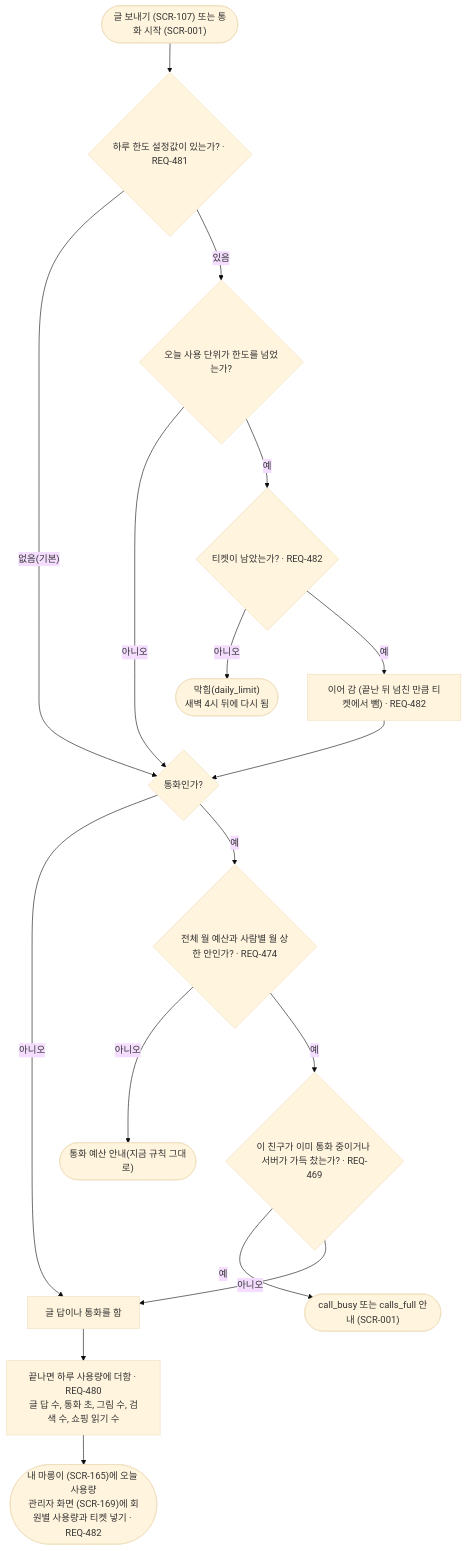
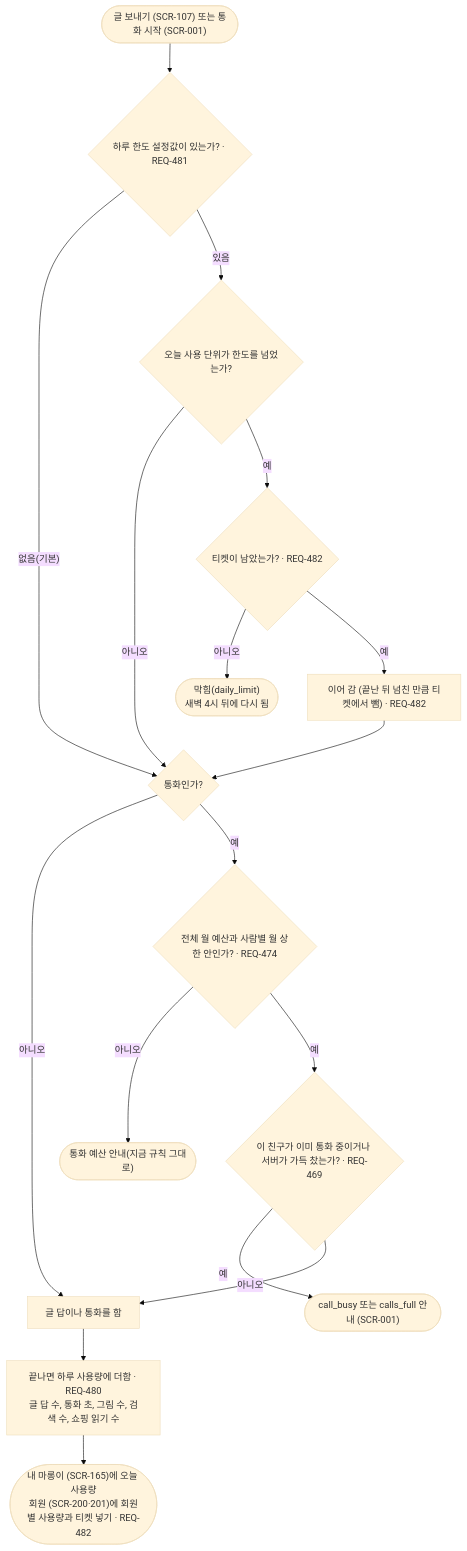
One commit to kodonghui/marong2 changed the diagram in docs/03-user-flow/FL-177-usage.md. Above: the diagram before and after it, drawn with Mermaid (base theme). The commit also changed other lines of this file and 29 other files, not shown here.

````diff
--- a/docs/03-user-flow/FL-177-usage.md
+++ b/docs/03-user-flow/FL-177-usage.md
@@ -7,19 +7,19 @@
 ```mermaid
 flowchart TD
   A(["글 보내기 (SCR-107) 또는 통화 시작 (SCR-001)"]) --> B{"하루 한도 설정값이 있는가? · REQ-481"}
   B -->|"없음(기본)"| E
   B -->|"있음"| C{"오늘 사용 단위가 한도를 넘었는가?"}
   C -->|"아니오"| E
   C -->|"예"| D{"티켓이 남았는가? · REQ-482"}
   D -->|"아니오"| D1(["막힘(daily_limit)<br/>새벽 4시 뒤에 다시 됨"])
   D -->|"예"| D2["이어 감 (끝난 뒤 넘친 만큼 티켓에서 뺌) · REQ-482"]
   D2 --> E{"통화인가?"}
   E -->|"아니오"| H
   E -->|"예"| G{"전체 월 예산과 사람별 월 상한 안인가? · REQ-474"}
   G -->|"아니오"| G1(["통화 예산 안내(지금 규칙 그대로)"])
   G -->|"예"| F{"이 친구가 이미 통화 중이거나 서버가 가득 찼는가? · REQ-469"}
   F -->|"예"| F1(["call_busy 또는 calls_full 안내 (SCR-001)"])
   F -->|"아니오"| H["글 답이나 통화를 함"]
   H --> I["끝나면 하루 사용량에 더함 · REQ-480<br/>글 답 수, 통화 초, 그림 수, 검색 수, 쇼핑 읽기 수"]
-  I --> J(["내 마롱이 (SCR-165)에 오늘 사용량<br/>관리자 화면 (SCR-169)에 회원별 사용량과 티켓 넣기 · REQ-482"])
+  I --> J(["내 마롱이 (SCR-165)에 오늘 사용량<br/>회원 (SCR-200·201)에 회원별 사용량과 티켓 넣기 · REQ-482"])
 ```
````
